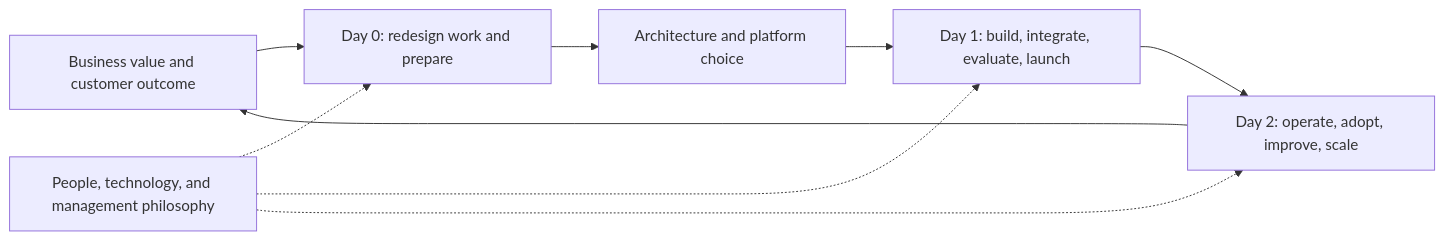
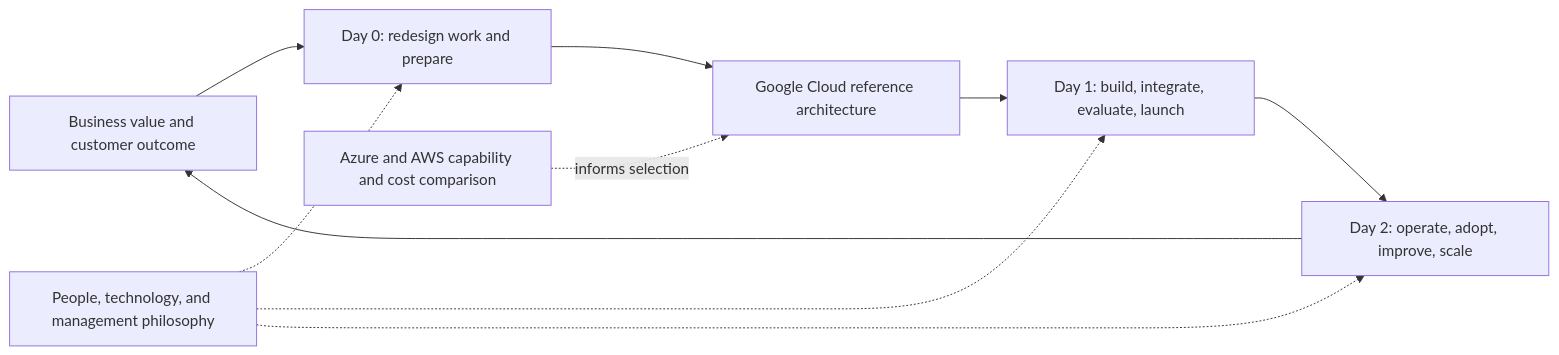
One commit to shibinantony/enterprise-ai-architecture-guide changed the diagram in README.md. Above: the diagram before and after it, drawn with Mermaid. The commit also changed other lines of this file and 3 other files, not shown here.

Commit message:
Make Google Cloud the primary entry point while retaining Azure and AWS comparisons

````diff
--- a/README.md
+++ b/README.md
@@ -9,11 +13,12 @@
 ```mermaid
 flowchart LR
     V[Business value and customer outcome] --> D0[Day 0: redesign work and prepare]
-    D0 --> A[Architecture and platform choice]
+    D0 --> A[Google Cloud reference architecture]
+    C[Azure and AWS capability and cost comparison] -. informs selection .-> A
     A --> D1[Day 1: build, integrate, evaluate, launch]
     D1 --> D2[Day 2: operate, adopt, improve, scale]
     D2 --> V
     P[People, technology, and management philosophy] -.-> D0
     P -.-> D1
     P -.-> D2
 ```
````
